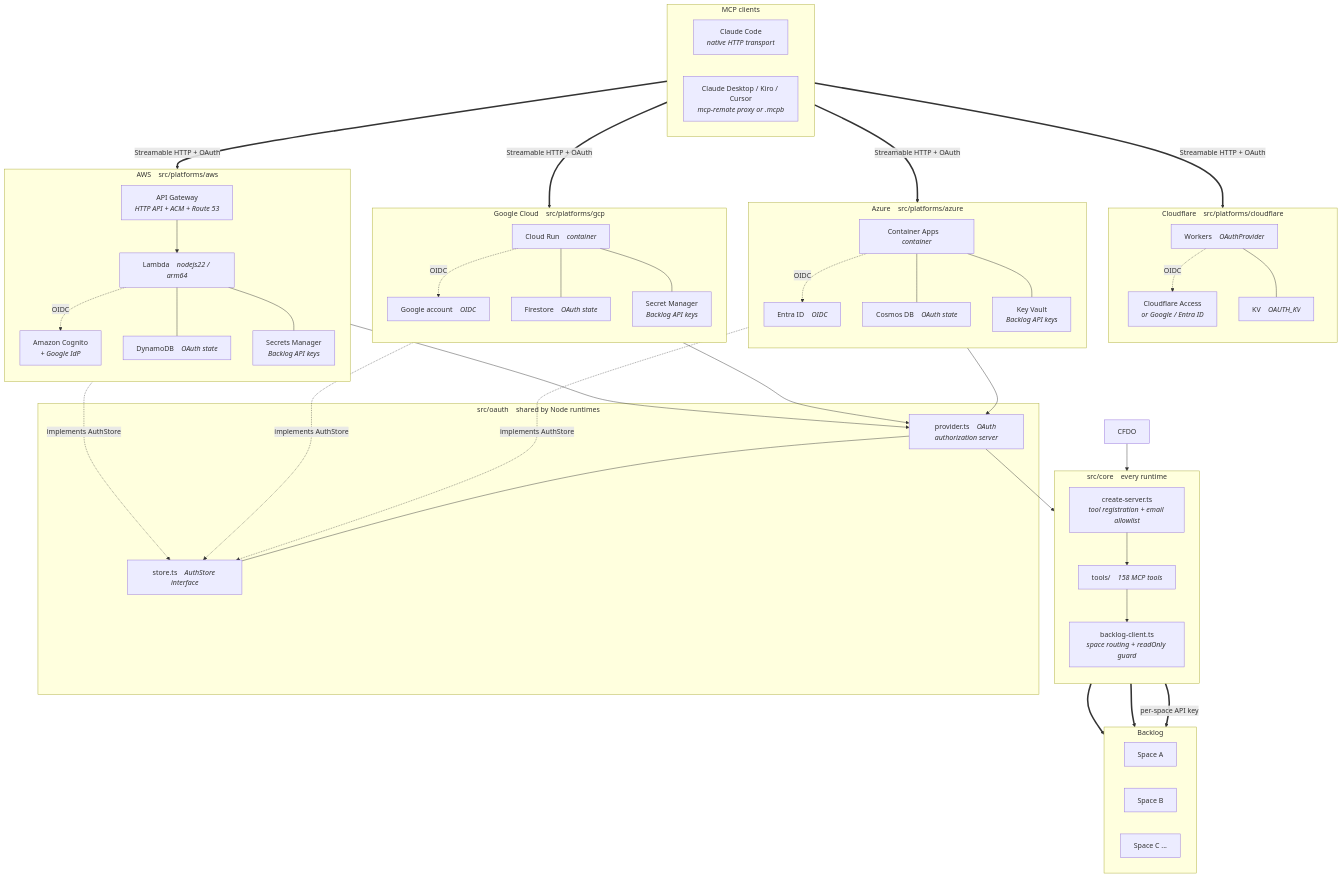
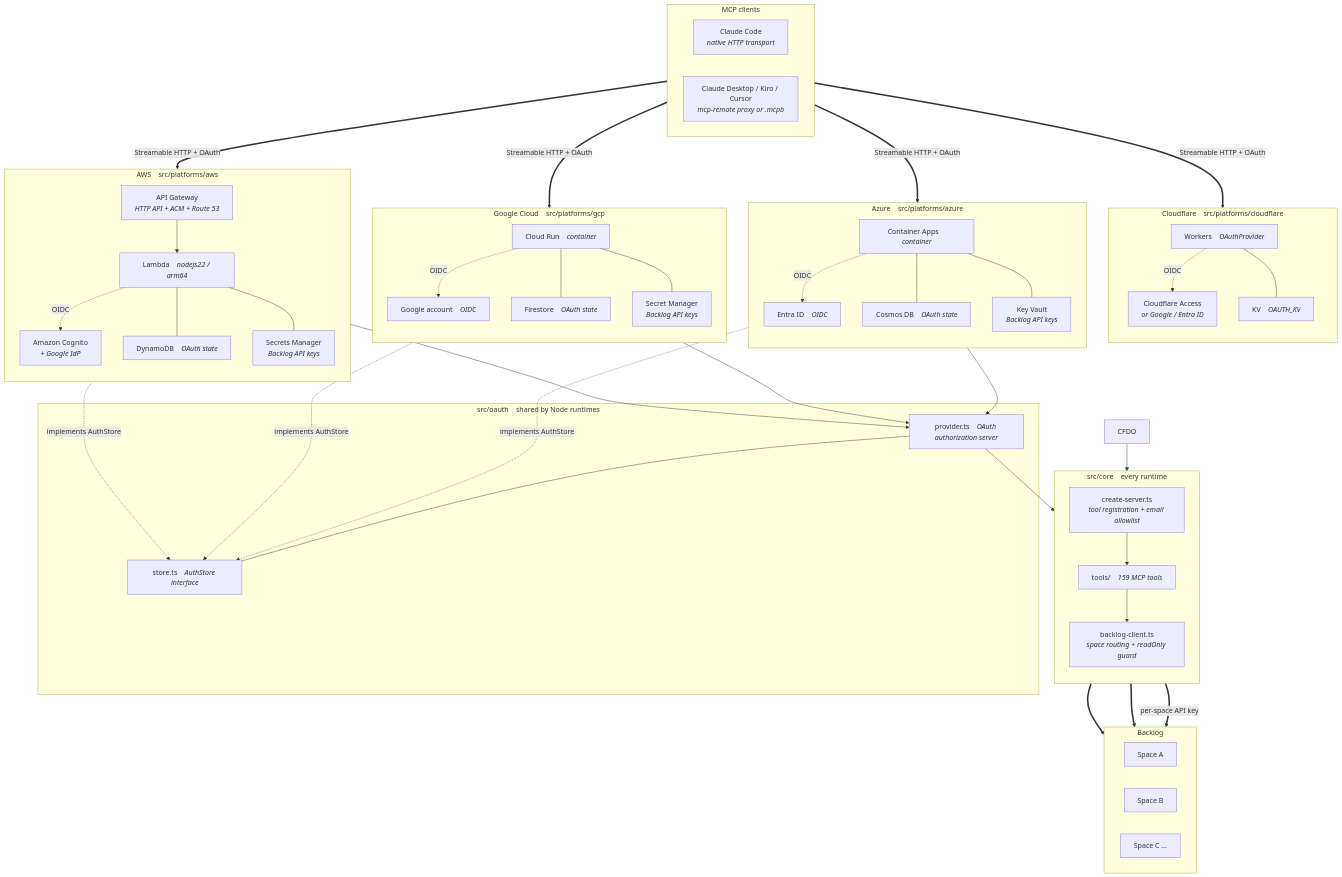
One commit to midnight480/backlog-remote-mcp-server changed the first of 2 diagrams in README.md. Above: the diagram before and after it, drawn with Mermaid. The commit also changed other lines of this file and 7 other files, not shown here.

```diff
--- a/README.md
+++ b/README.md
@@ -250,7 +252,7 @@
     subgraph shared["src/core &nbsp;&nbsp; every runtime"]
         direction TB
         CS["create-server.ts<br/><i>tool registration + email allowlist</i>"]
-        TOOLS["tools/ &nbsp;&nbsp; <i>158 MCP tools</i>"]
+        TOOLS["tools/ &nbsp;&nbsp; <i>159 MCP tools</i>"]
         BC["backlog-client.ts<br/><i>space routing + readOnly guard</i>"]
         CS --> TOOLS --> BC
     end
```
